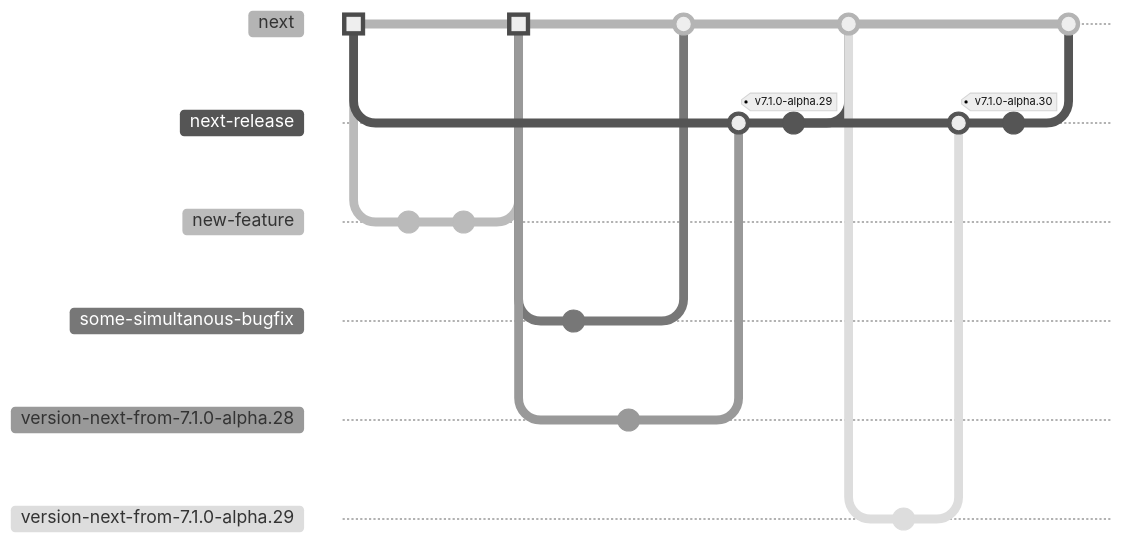
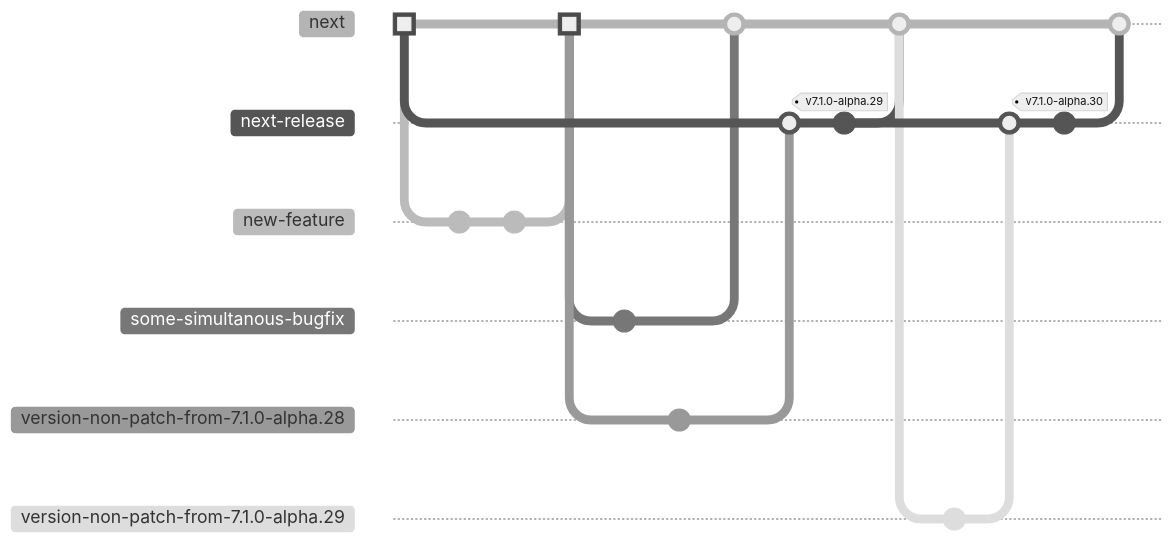
Before and after one commit to W427697/Discord-: the fifth of 5 diagrams in CONTRIBUTING/RELEASING.md, drawn with Mermaid (neutral theme). The commit also changed other lines of this file and 3 other files, not shown here. Commit ids are hidden.

````diff
--- a/CONTRIBUTING/RELEASING.md
+++ b/CONTRIBUTING/RELEASING.md
@@ -574,30 +574,30 @@
 ```mermaid
 %%{init: { 'gitGraph': { 'mainBranchName': 'next' } } }%%
 gitGraph
     commit type: HIGHLIGHT
     branch next-release
     branch new-feature
     commit
     commit
     checkout next
     merge new-feature type: HIGHLIGHT
     branch some-simultanous-bugfix
     commit
     checkout next
-    branch version-next-from-7.1.0-alpha.28
+    branch version-non-patch-from-7.1.0-alpha.28
     commit id: "write changelog"
     checkout next
     merge some-simultanous-bugfix id: "whoops!"
     checkout next-release
-    merge version-next-from-7.1.0-alpha.28
+    merge version-non-patch-from-7.1.0-alpha.28
     commit id: "bump versions" tag: "v7.1.0-alpha.29"
     checkout next
     merge next-release
-    branch version-next-from-7.1.0-alpha.29
+    branch version-non-patch-from-7.1.0-alpha.29
     commit id: "write changelog again"
     checkout next-release
-    merge version-next-from-7.1.0-alpha.29
+    merge version-non-patch-from-7.1.0-alpha.29
     commit id: "bump versions again" tag: "v7.1.0-alpha.30"
     checkout next
     merge next-release
 ```
````
